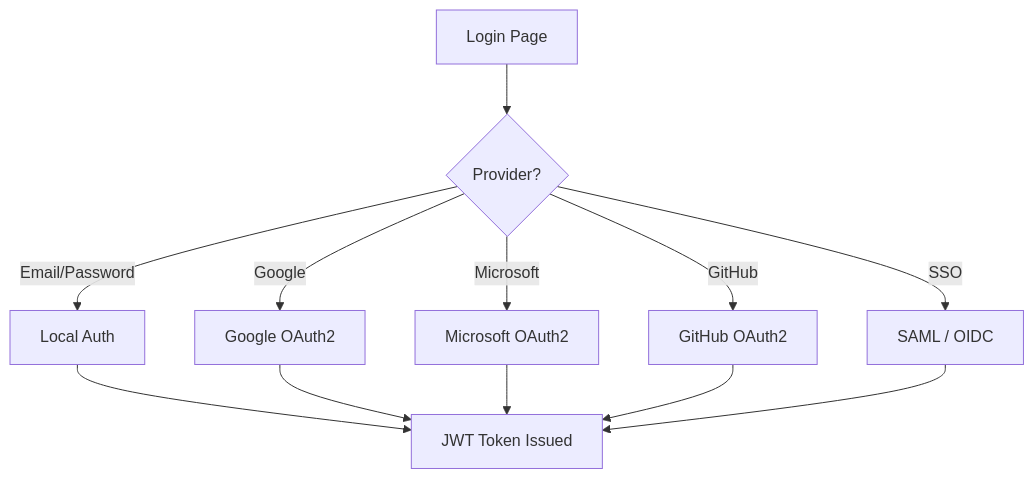
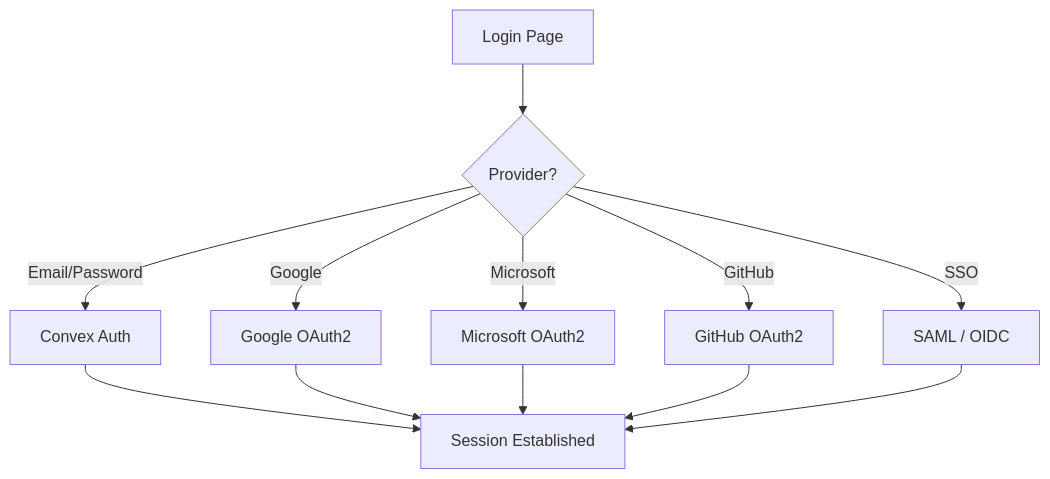
The second of 3 diagrams in docs/roadmap/future.md (pde-rent/monokeros), drawn with Mermaid before and after one commit. The commit also changed other lines of this file and 50 other files, not shown here.

````diff
--- a/docs/roadmap/future.md
+++ b/docs/roadmap/future.md
@@ -65,10 +55,10 @@
 ```mermaid
 flowchart TD
-    A[Login Page] --> B{Provider?}
-    B -- Email/Password --> C[Local Auth]
-    B -- Google --> D[Google OAuth2]
-    B -- Microsoft --> E[Microsoft OAuth2]
-    B -- GitHub --> F[GitHub OAuth2]
-    B -- SSO --> G[SAML / OIDC]
-    C & D & E & F & G --> H[JWT Token Issued]
+    A["Login Page"] --> B{"Provider?"}
+    B -- Email/Password --> C["Convex Auth"]
+    B -- Google --> D["Google OAuth2"]
+    B -- Microsoft --> E["Microsoft OAuth2"]
+    B -- GitHub --> F["GitHub OAuth2"]
+    B -- SSO --> G["SAML / OIDC"]
+    C & D & E & F & G --> H["Session Established"]
 ```
````
